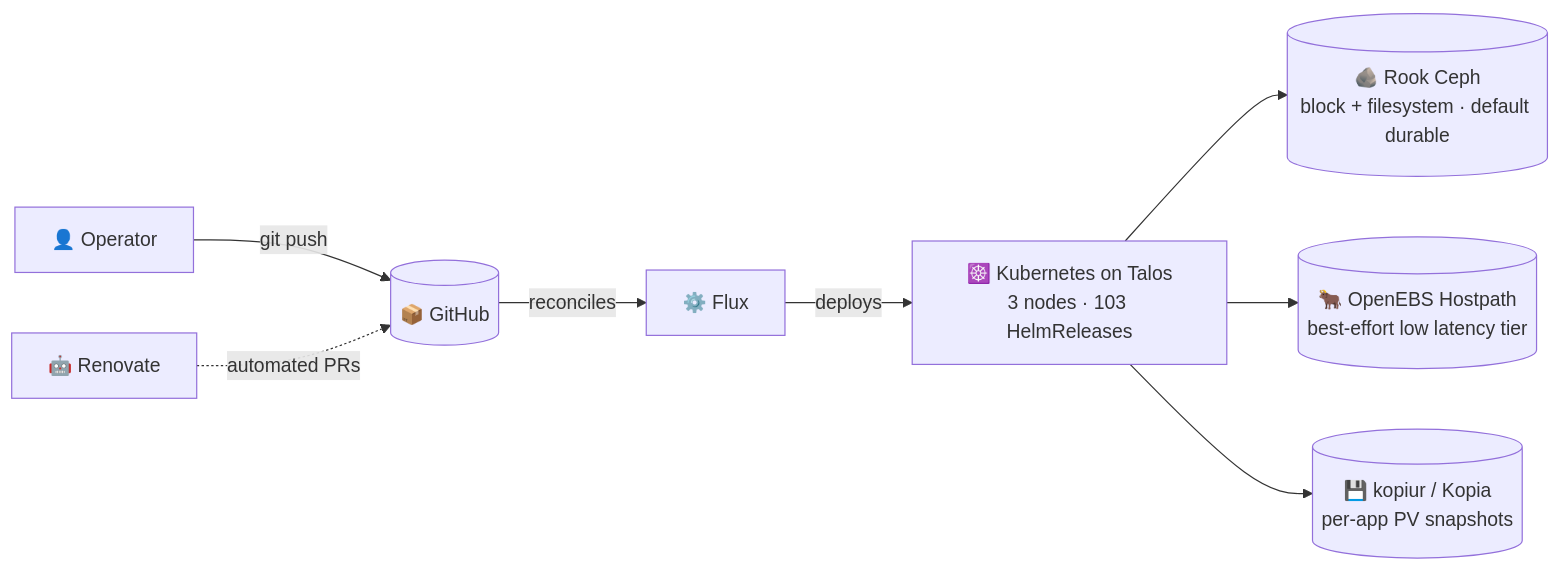
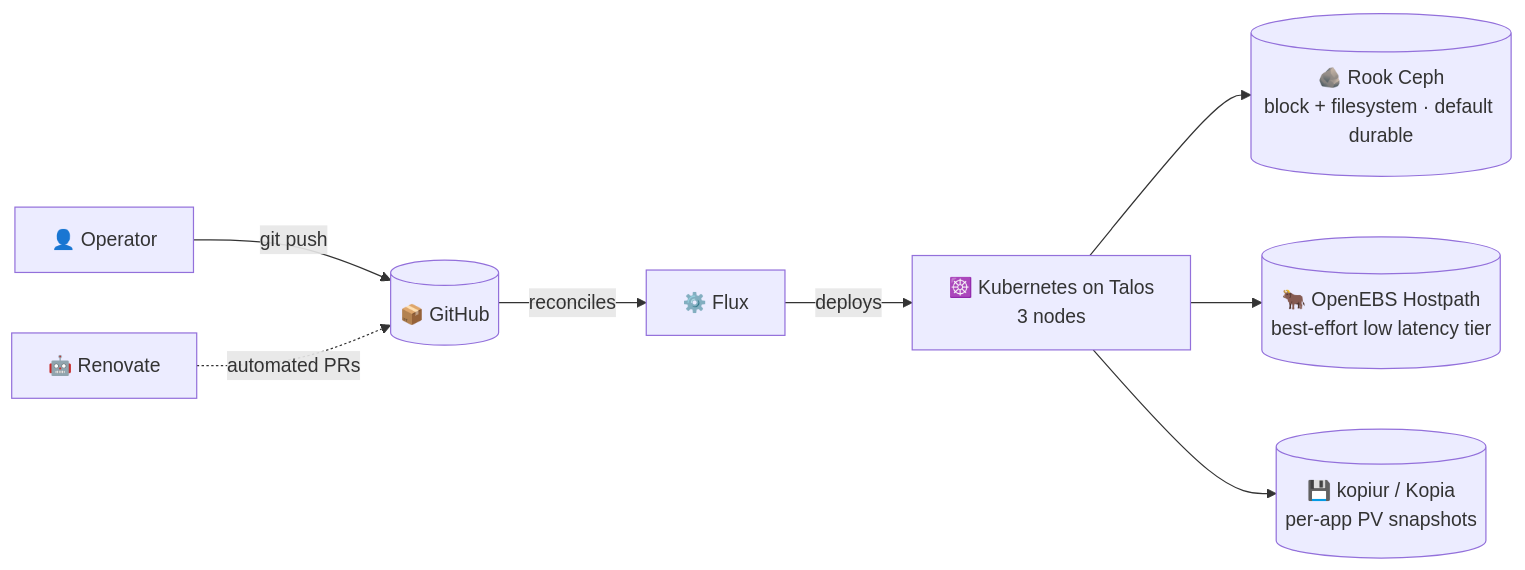
Before and after one commit to Tanguille/cluster: the first of 2 diagrams in README.md, drawn with Mermaid.

Commit message:
chore(repo): drop static HelmRelease count from README

````diff
--- a/README.md
+++ b/README.md
@@ -43,12 +43,12 @@
 ```mermaid
 flowchart LR
     Tanguille[👤 Operator] -->|git push| Repo[(📦 GitHub)]
     Renovate[🤖 Renovate] -.->|automated PRs| Repo
     Repo -->|reconciles| Flux[⚙️ Flux]
-    Flux -->|deploys| Cluster[☸️ Kubernetes on Talos<br/>3 nodes · 103 HelmReleases]
+    Flux -->|deploys| Cluster[☸️ Kubernetes on Talos<br/>3 nodes]
 
     Cluster --> Ceph[(🪨 Rook Ceph<br/>block + filesystem · default durable)]
     Cluster --> OEP[(🐂 OpenEBS Hostpath<br/>best-effort low latency tier)]
 
     Cluster --> KB[(💾 kopiur / Kopia<br/>per-app PV snapshots)]
 ```
````
